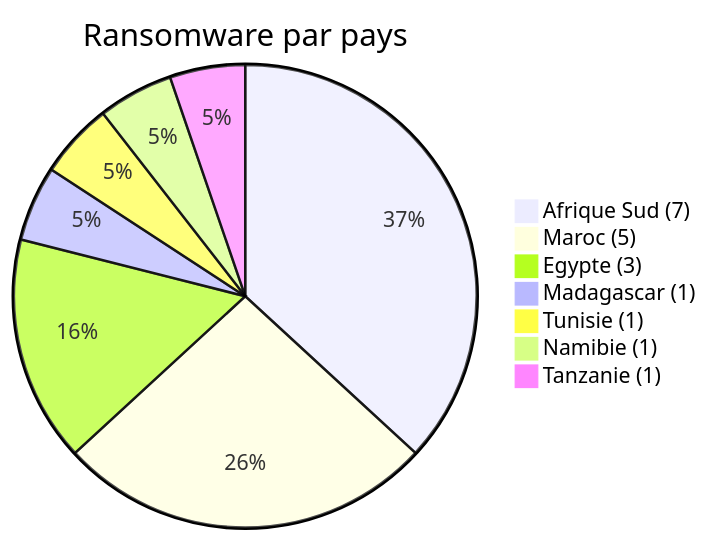
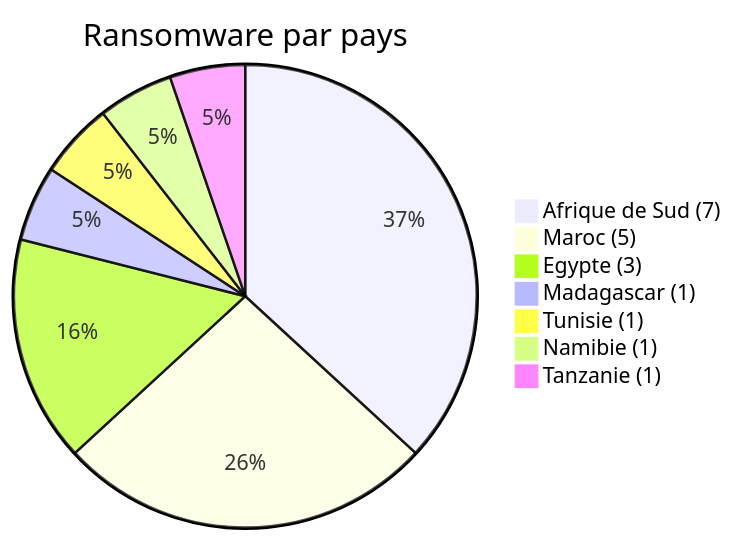
Before and after one commit to Hatchepsoute/AFRINTEL: the second of 5 diagrams in CyberAttackAfrica/2026/03-march/README_FR.md, drawn with Mermaid. The commit also changed other lines of this file and 88 other files, not shown here.

````diff
--- a/CyberAttackAfrica/2026/03-march/README_FR.md
+++ b/CyberAttackAfrica/2026/03-march/README_FR.md
@@ -98,11 +98,11 @@
 ```mermaid
 pie
     title Ransomware par pays
-    "Afrique Sud (7)" : 7
+    "Afrique de Sud (7)" : 7
     "Maroc (5)" : 5
     "Egypte (3)" : 3
     "Madagascar (1)" : 1
     "Tunisie (1)" : 1
     "Namibie (1)" : 1
     "Tanzanie (1)" : 1
 ```
````
